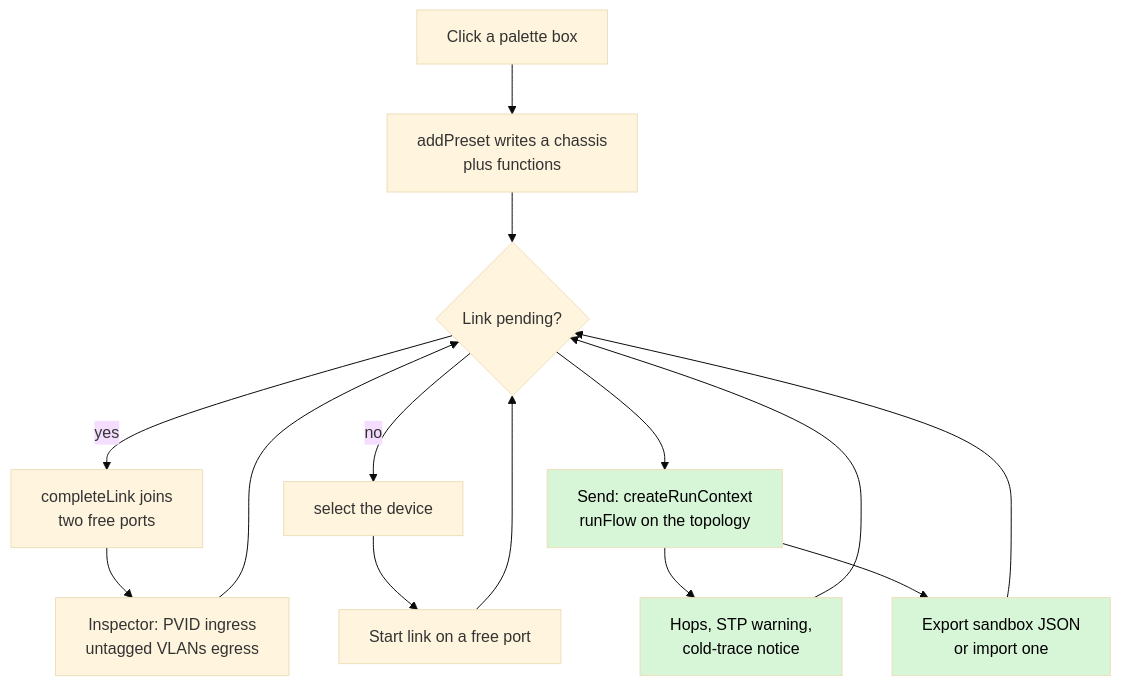
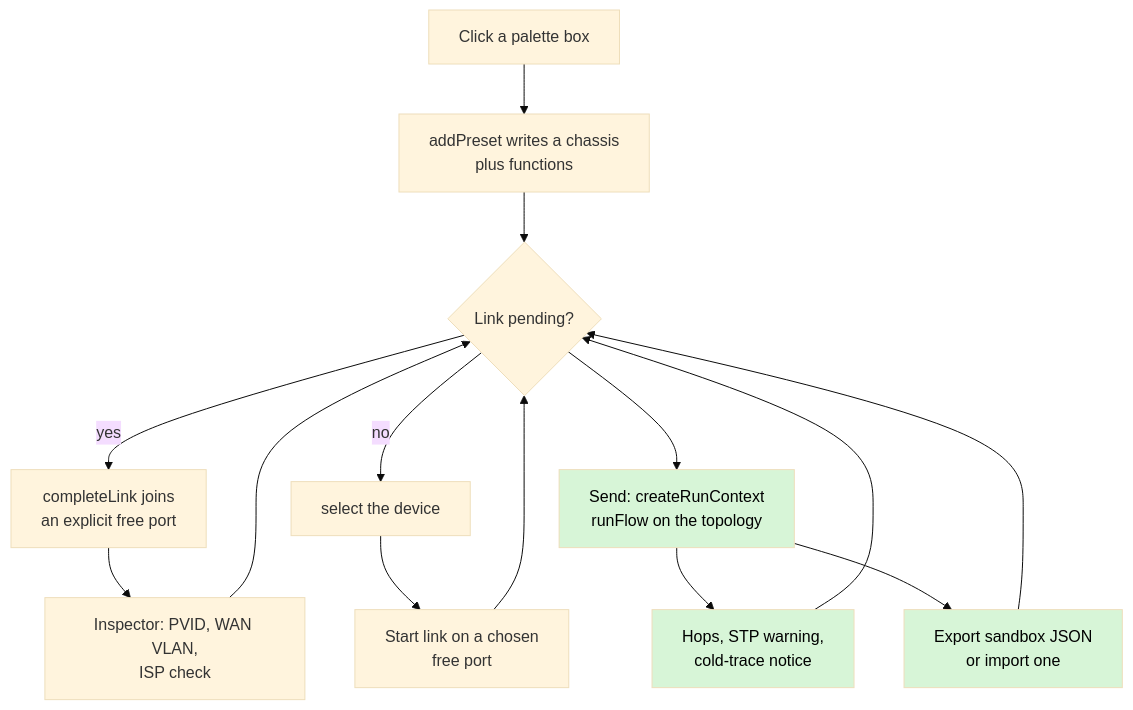
Before and after one commit to alanfong93/network-sandbox: the second of 2 diagrams in docs/system_flow.md, drawn with Mermaid (base theme). The commit also changed 8 other files, not shown here.

Commit message:
feat: pick a port, WAN VLAN 500, ISP check on the modem (#61) (#62)

````diff
--- a/docs/system_flow.md
+++ b/docs/system_flow.md
@@ -97,19 +97,19 @@
 ```mermaid
 flowchart TD
     PA[Click a palette box] --> AP[addPreset writes a chassis<br>plus functions]
     AP --> SE{Link pending?}
-    SE -->|yes| CL[completeLink joins<br>two free ports]
+    SE -->|yes| CL[completeLink joins<br>an explicit free port]
     SE -->|no| SL[select the device]
-    SL --> ST[Start link on a free port]
+    SL --> ST[Start link on a chosen<br>free port]
     ST --> SE
-    CL --> IN[Inspector: PVID ingress<br>untagged VLANs egress]
+    CL --> IN[Inspector: PVID, WAN VLAN,<br>ISP check]
     IN --> SE
     SE --> SD[Send: createRunContext<br>runFlow on the topology]
     SD --> HO[Hops, STP warning,<br>cold-trace notice]
     HO --> SE
     SD --> EX[Export sandbox JSON<br>or import one]
     EX --> SE
     style SD fill:#d7f5d7,color:#000
     style HO fill:#d7f5d7,color:#000
     style EX fill:#d7f5d7,color:#000
 ```
````
